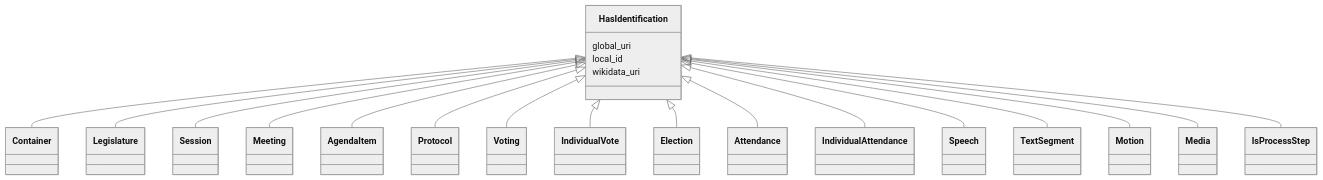
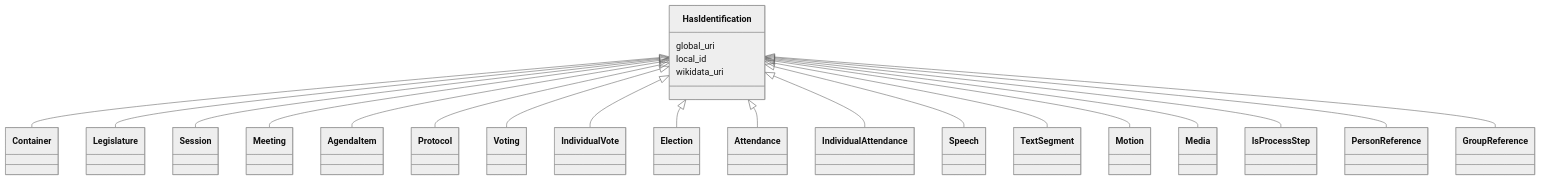
The diagram in ech-0293_operations/output/docs/HasIdentification.md (swiss/political-affairs-ech-group), drawn with Mermaid (neutral theme) before and after one commit. The commit also changed other lines of this file and 27 other files, not shown here.

````diff
--- a/ech-0293_operations/output/docs/HasIdentification.md
+++ b/ech-0293_operations/output/docs/HasIdentification.md
@@ -25,45 +25,49 @@
 ```mermaid
  classDiagram
     class HasIdentification
     click HasIdentification href "../HasIdentification/"
       HasIdentification <|-- Container
         click Container href "../Container/"
       HasIdentification <|-- Legislature
         click Legislature href "../Legislature/"
       HasIdentification <|-- Session
         click Session href "../Session/"
       HasIdentification <|-- Meeting
         click Meeting href "../Meeting/"
       HasIdentification <|-- AgendaItem
         click AgendaItem href "../AgendaItem/"
       HasIdentification <|-- Protocol
         click Protocol href "../Protocol/"
       HasIdentification <|-- Voting
         click Voting href "../Voting/"
       HasIdentification <|-- IndividualVote
         click IndividualVote href "../IndividualVote/"
       HasIdentification <|-- Election
         click Election href "../Election/"
       HasIdentification <|-- Attendance
         click Attendance href "../Attendance/"
       HasIdentification <|-- IndividualAttendance
         click IndividualAttendance href "../IndividualAttendance/"
       HasIdentification <|-- Speech
         click Speech href "../Speech/"
       HasIdentification <|-- TextSegment
         click TextSegment href "../TextSegment/"
       HasIdentification <|-- Motion
         click Motion href "../Motion/"
       HasIdentification <|-- Media
         click Media href "../Media/"
       HasIdentification <|-- IsProcessStep
         click IsProcessStep href "../IsProcessStep/"
+      HasIdentification <|-- PersonReference
+        click PersonReference href "../PersonReference/"
+      HasIdentification <|-- GroupReference
+        click GroupReference href "../GroupReference/"
       
       HasIdentification : global_uri
         
       HasIdentification : local_id
         
       HasIdentification : wikidata_uri
         
       
 ```
````
